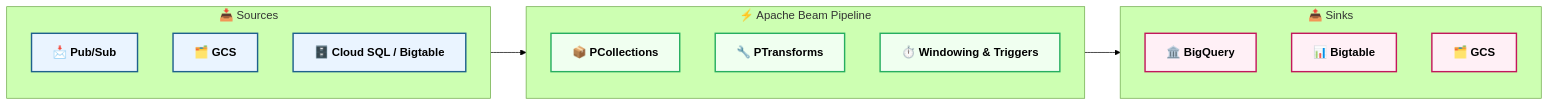
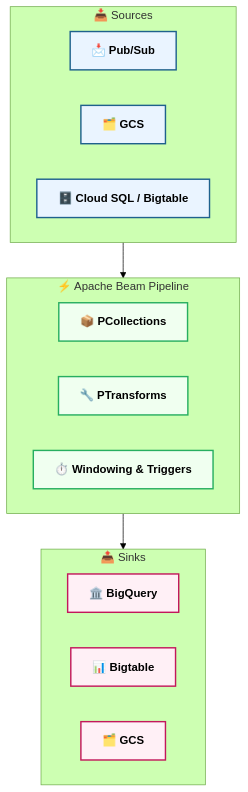
The eighth of 11 diagrams in GCP-interview.md (blaire101/DE2-AWS-Azure-GCP-2025), drawn with Mermaid (forest theme) before and after one commit.

````diff
--- a/GCP-interview.md
+++ b/GCP-interview.md
@@ -366,34 +366,34 @@
 ```mermaid
-flowchart LR
+flowchart TB
     %% ===== Styles =====
     classDef source fill:#eaf4ff,stroke:#1f618d,stroke-width:2px,color:#000,font-weight:bold
     classDef pipeline fill:#f0fff0,stroke:#27ae60,stroke-width:2px,color:#000,font-weight:bold
     classDef sink fill:#fff0f6,stroke:#c2185b,stroke-width:2px,color:#000,font-weight:bold
 
     %% ===== Source Layer =====
     subgraph Source["📥 Sources"]
-        direction TB
+        direction LR
         Pub[📩 Pub/Sub]:::source
         GCS[🗂️ GCS]:::source
         DB[🗄️ Cloud SQL / Bigtable]:::source
     end
 
     %% ===== Pipeline Layer =====
     subgraph Pipeline["⚡ Apache Beam Pipeline"]
-        direction TB
+        direction LR
         PC[📦 PCollections]:::pipeline
         PT[🔧 PTransforms]:::pipeline
         WN[⏱️ Windowing & Triggers]:::pipeline
     end
 
     %% ===== Sink Layer =====
     subgraph Sink["📤 Sinks"]
-        direction TB
+        direction LR
         BQ[🏛️ BigQuery]:::sink
         BT[📊 Bigtable]:::sink
         GCS2[🗂️ GCS]:::sink
     end
 
     %% ===== Flows =====
     Source --> Pipeline --> Sink
 ```
````
